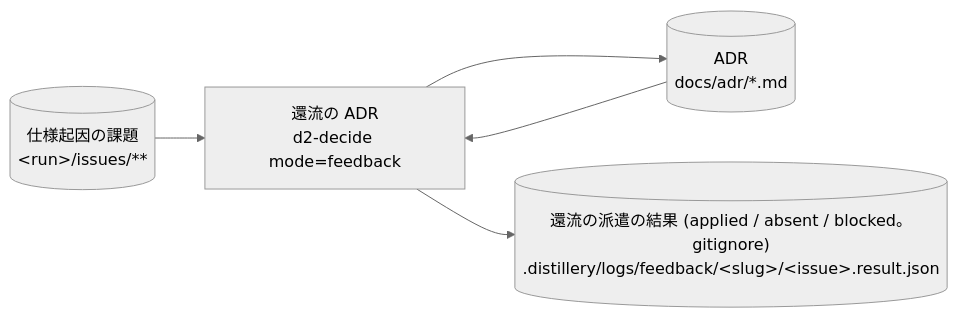
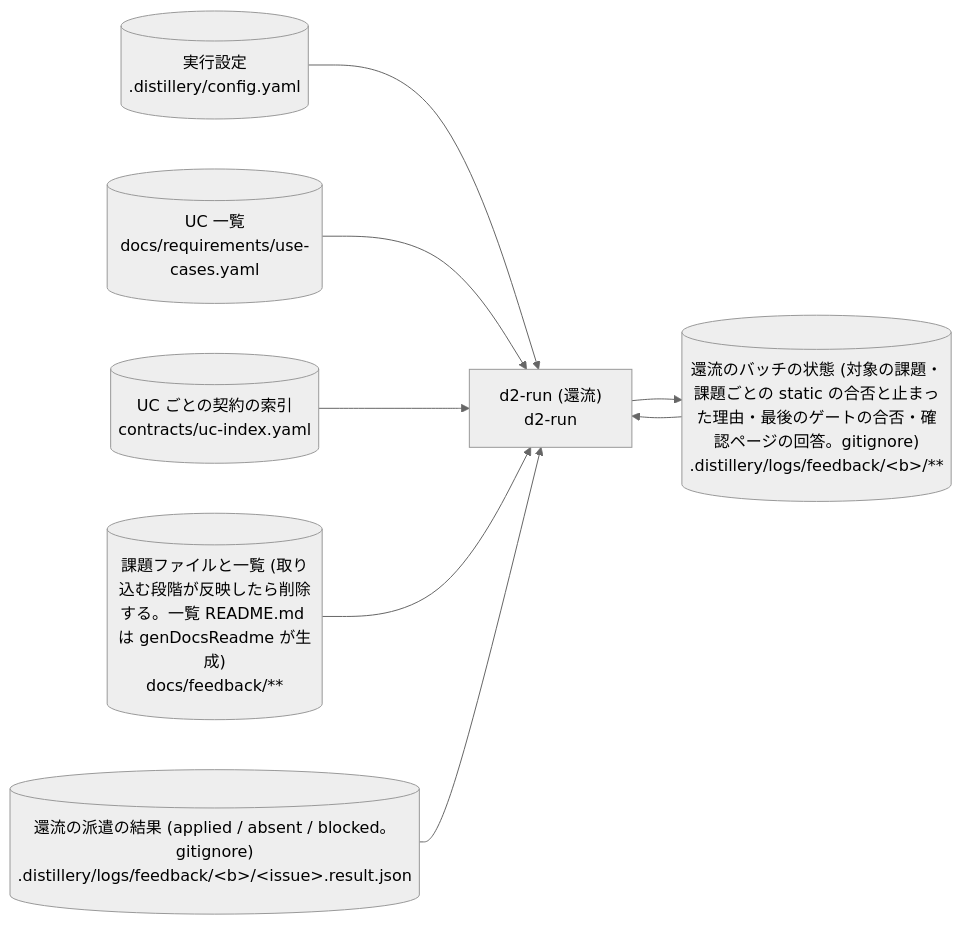
One commit to suwa-sh/suwa-sh-claude-plugins changed diagram 26 of 45 in plugins/distillery2/skills/d2-common/references/dataflow.md. Above: the diagram before and after it, drawn with Mermaid (neutral theme). The commit also changed other lines of this file and 22 other files, not shown here.

````diff
--- a/plugins/distillery2/skills/d2-common/references/dataflow.md
+++ b/plugins/distillery2/skills/d2-common/references/dataflow.md
@@ -661,11 +684,17 @@
 ```mermaid
 flowchart LR
-  p_decide_feedback["還流の ADR<br/>d2-decide mode=feedback"]
-  s_issues[("仕様起因の課題<br/>#lt;run#gt;/issues/**")]
-  s_adr[("ADR<br/>docs/adr/*.md")]
-  s_feedback_result[("還流の派遣の結果 (applied / absent / blocked。gitignore)<br/>.distillery/logs/feedback/#lt;slug#gt;/#lt;issue#gt;.result.json")]
-  s_issues --> p_decide_feedback
-  s_adr --> p_decide_feedback
-  p_decide_feedback --> s_adr
-  p_decide_feedback --> s_feedback_result
+  p_run_feedback["d2-run (還流)<br/>d2-run"]
+  s_config[("実行設定<br/>.distillery/config.yaml")]
+  s_use_cases[("UC 一覧<br/>docs/requirements/use-cases.yaml")]
+  s_uc_index[("UC ごとの契約の索引<br/>contracts/uc-index.yaml")]
+  s_feedback_docs[("課題ファイルと一覧 (取り込む段階が反映したら削除する。一覧 README.md は genDocsReadme が生成)<br/>docs/feedback/**")]
+  s_feedback_batch[("還流のバッチの状態 (対象の課題・課題ごとの static の合否と止まった理由・最後のゲートの合否・確認ページの回答。gitignore)<br/>.distillery/logs/feedback/#lt;b#gt;/**")]
+  s_feedback_result[("還流の派遣の結果 (applied / absent / blocked。gitignore)<br/>.distillery/logs/feedback/#lt;b#gt;/#lt;issue#gt;.result.json")]
+  s_config --> p_run_feedback
+  s_use_cases --> p_run_feedback
+  s_uc_index --> p_run_feedback
+  s_feedback_docs --> p_run_feedback
+  s_feedback_batch --> p_run_feedback
+  s_feedback_result --> p_run_feedback
+  p_run_feedback --> s_feedback_batch
 ```
````
